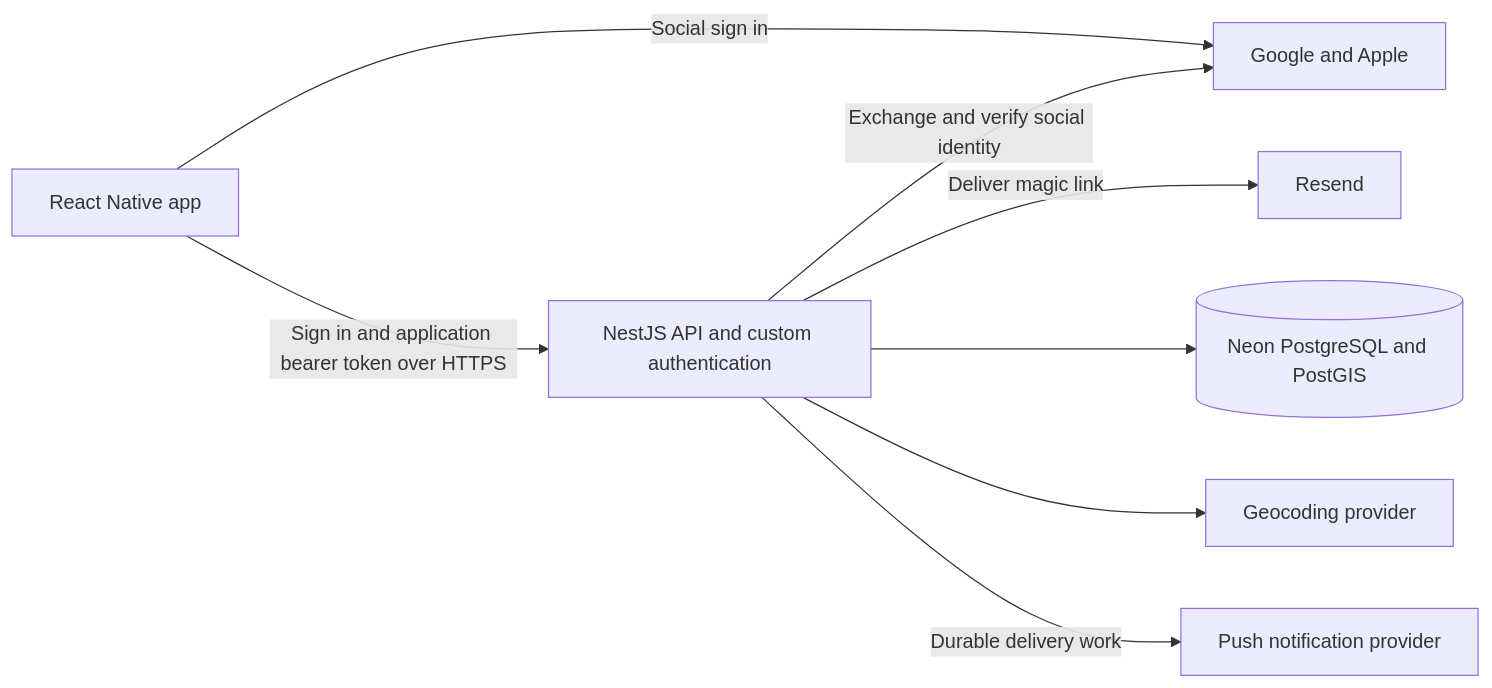
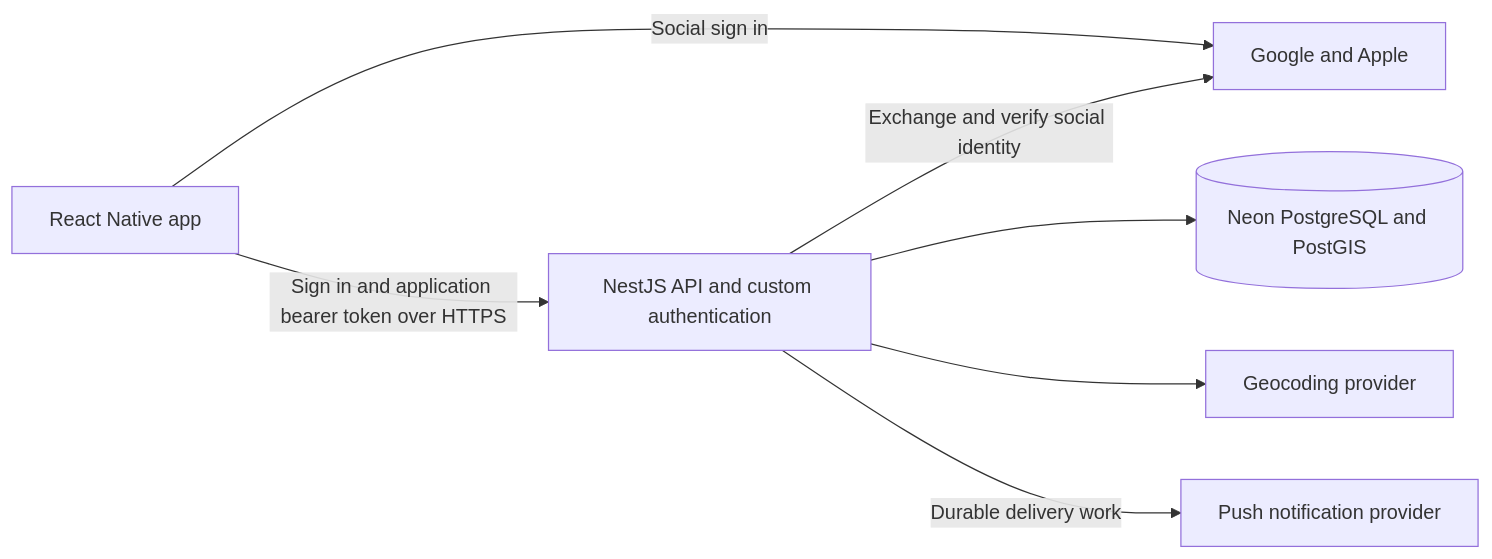
The diagram in architecture.md (alessandroferraridev/magic-session-planner-docs), drawn with Mermaid before and after one commit. The commit also changed other lines of this file and 9 other files, not shown here.

Commit message:
docs: replace email link auth with username and password

````diff
--- a/architecture.md
+++ b/architecture.md
@@ -29,10 +28,9 @@
 ```mermaid
 flowchart LR
     Player[React Native app] -->|Sign in and application bearer token over HTTPS| API[NestJS API and custom authentication]
     Player -->|Social sign in| Social[Google and Apple]
     API -->|Exchange and verify social identity| Social
-    API -->|Deliver magic link| Email[Resend]
     API --> DB[(Neon PostgreSQL and PostGIS)]
     API --> Geo[Geocoding provider]
     API -->|Durable delivery work| Push[Push notification provider]
 ```
````
